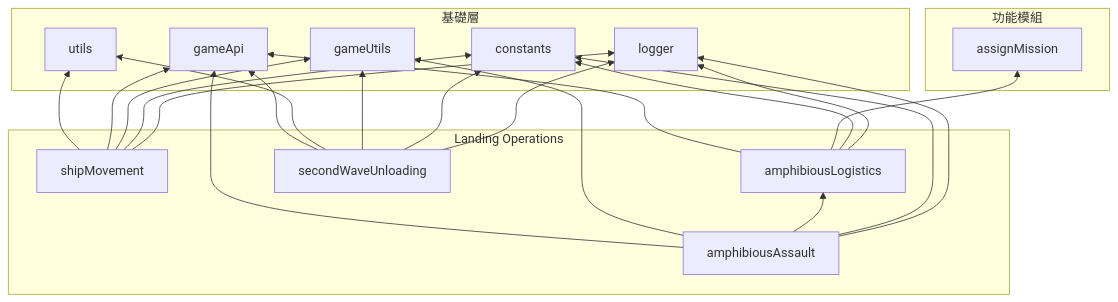
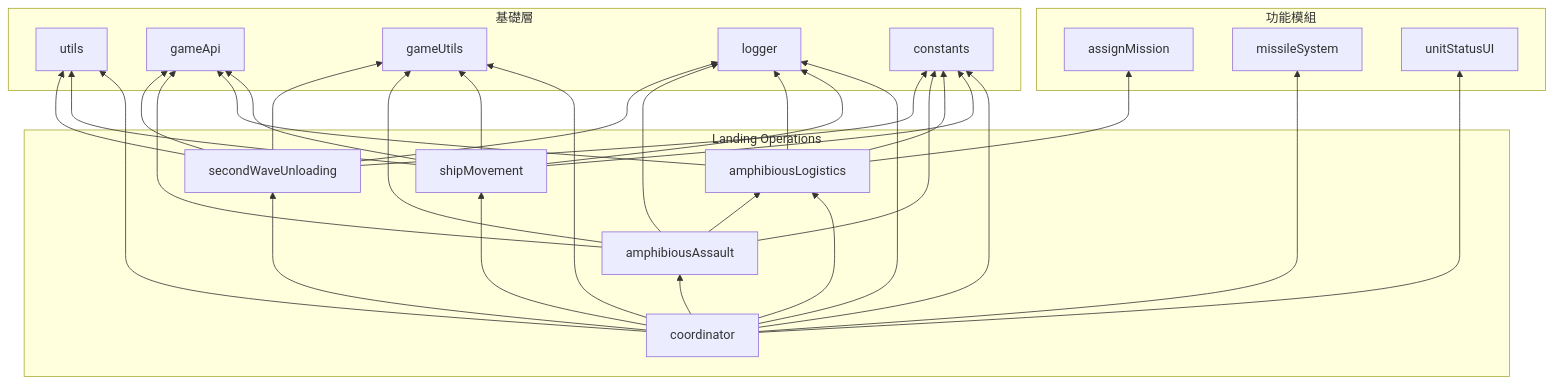
Before and after one commit to pullupjumper/formosa-in-flames: the third of 3 diagrams in docs/landingOps/README.md, drawn with Mermaid. The commit also changed other lines of this file and 5 other files, not shown here.

````diff
--- a/docs/landingOps/README.md
+++ b/docs/landingOps/README.md
@@ -132,26 +144,30 @@
 ```mermaid
 flowchart BT
     subgraph 基礎層
         UTILS["utils"]
         GAMEAPI["gameApi"]
         GAMEUTILS["gameUtils"]
         LOGGER["logger"]
         CONSTANTS["constants"]
     end
 
     subgraph 功能模組
         ASSIGN["assignMission"]
+        MISSILE["missileSystem"]
+        UI["unitStatusUI"]
     end
 
     subgraph Landing Operations
+        COORD["coordinator"]
         SM["shipMovement"]
         AL["amphibiousLogistics"]
         AA["amphibiousAssault"]
         SW["secondWaveUnloading"]
     end
 
+    COORD --> SM & AL & AA & SW & MISSILE & UI & UTILS & GAMEUTILS & CONSTANTS & LOGGER
     SM --> UTILS & GAMEAPI & GAMEUTILS & CONSTANTS & LOGGER
     AL --> GAMEAPI & ASSIGN & CONSTANTS & LOGGER
     AA --> GAMEAPI & GAMEUTILS & AL & CONSTANTS & LOGGER
     SW --> GAMEAPI & UTILS & GAMEUTILS & CONSTANTS & LOGGER
 ```
````
